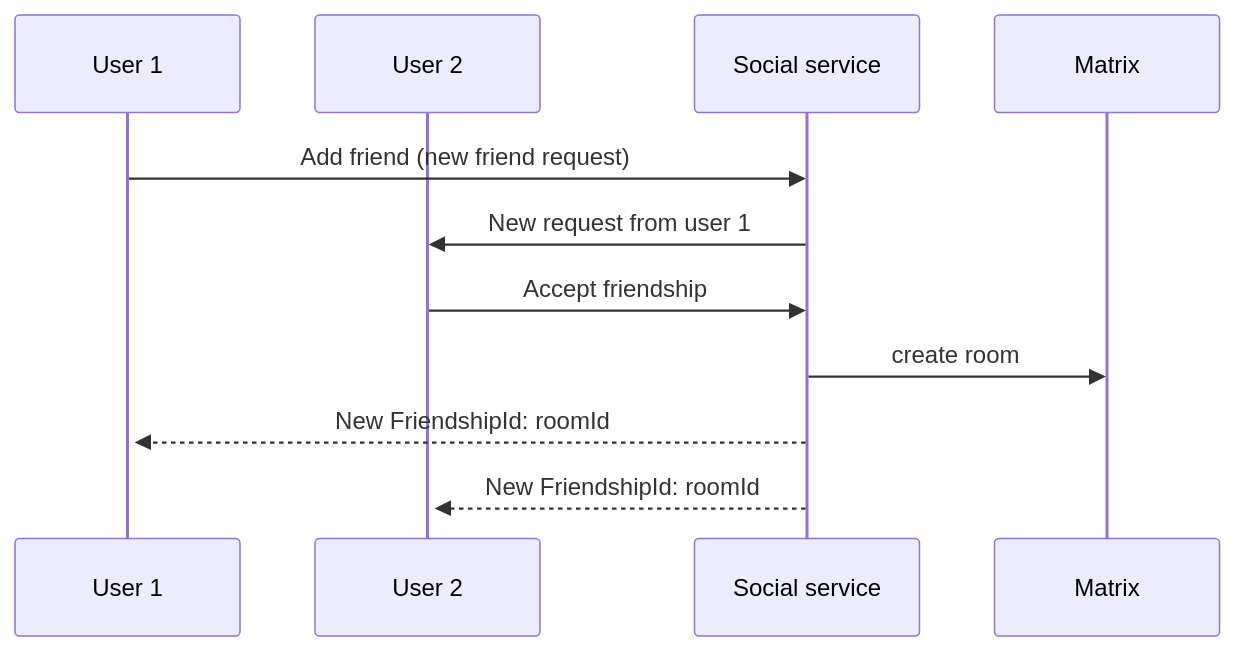
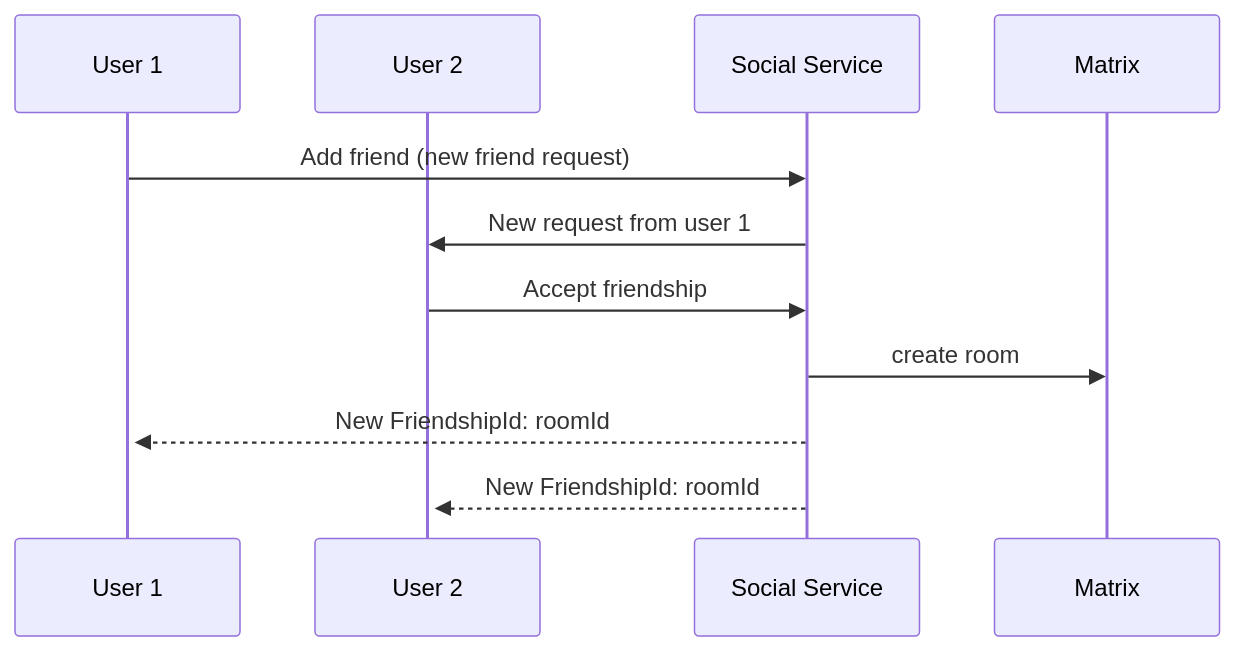
Before and after one commit to decentraland/adr: the first of 4 diagrams in content/ADR-189-social-service-M2.md, drawn with Mermaid. The commit also changed other lines of this file, not shown here.

````diff
--- a/content/ADR-189-social-service-M2.md
+++ b/content/ADR-189-social-service-M2.md
@@ -49,14 +50,14 @@
 ```mermaid
 sequenceDiagram
     participant User 1
     participant User 2
-    participant Social service
+    participant Social Service
     participant Matrix
 
-    User 1 ->> Social service: Add friend (new friend request)
-    Social service ->>  User 2: New request from user 1
-    User 2 ->> Social service: Accept friendship
-    Social service ->> Matrix: create room
-    Social service -->>+ User 1: New FriendshipId: roomId
-    Social service -->>+ User 2: New FriendshipId: roomId
+    User 1 ->> Social Service: Add friend (new friend request)
+    Social Service ->>  User 2: New request from user 1
+    User 2 ->> Social Service: Accept friendship
+    Social Service ->> Matrix: create room
+    Social Service -->>+ User 1: New FriendshipId: roomId
+    Social Service -->>+ User 2: New FriendshipId: roomId
 ```
````
